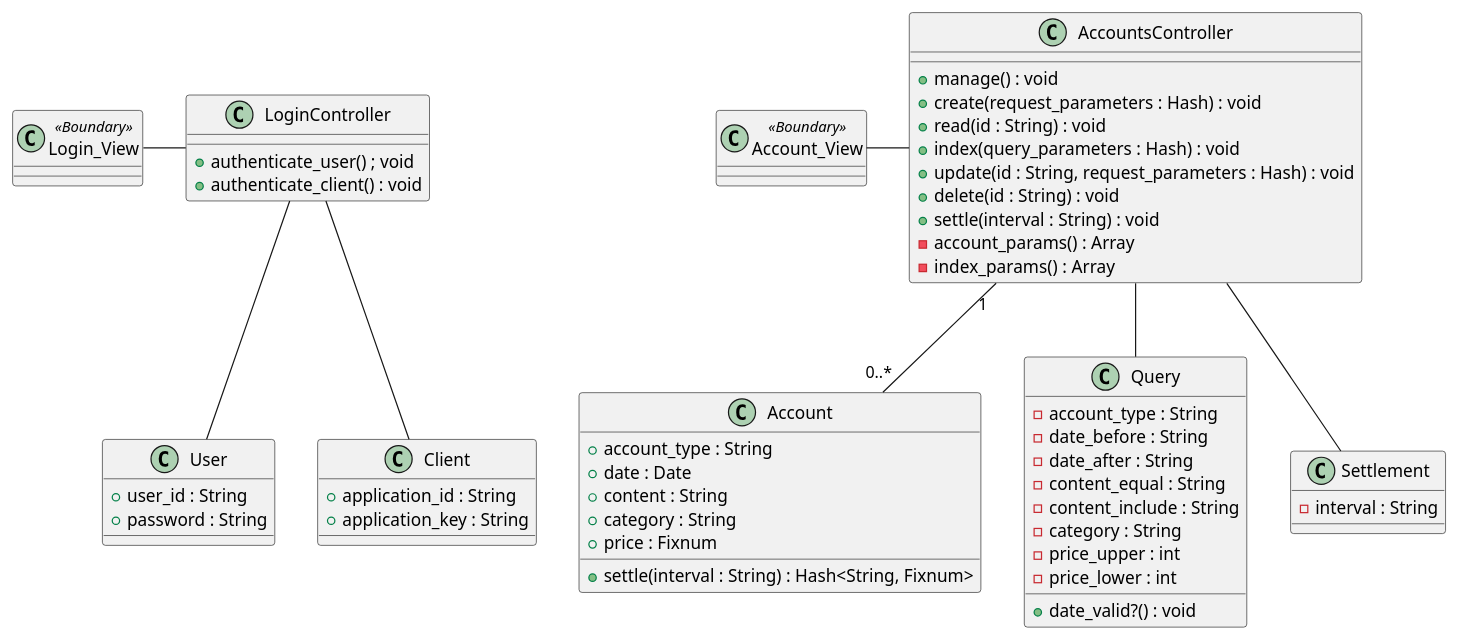
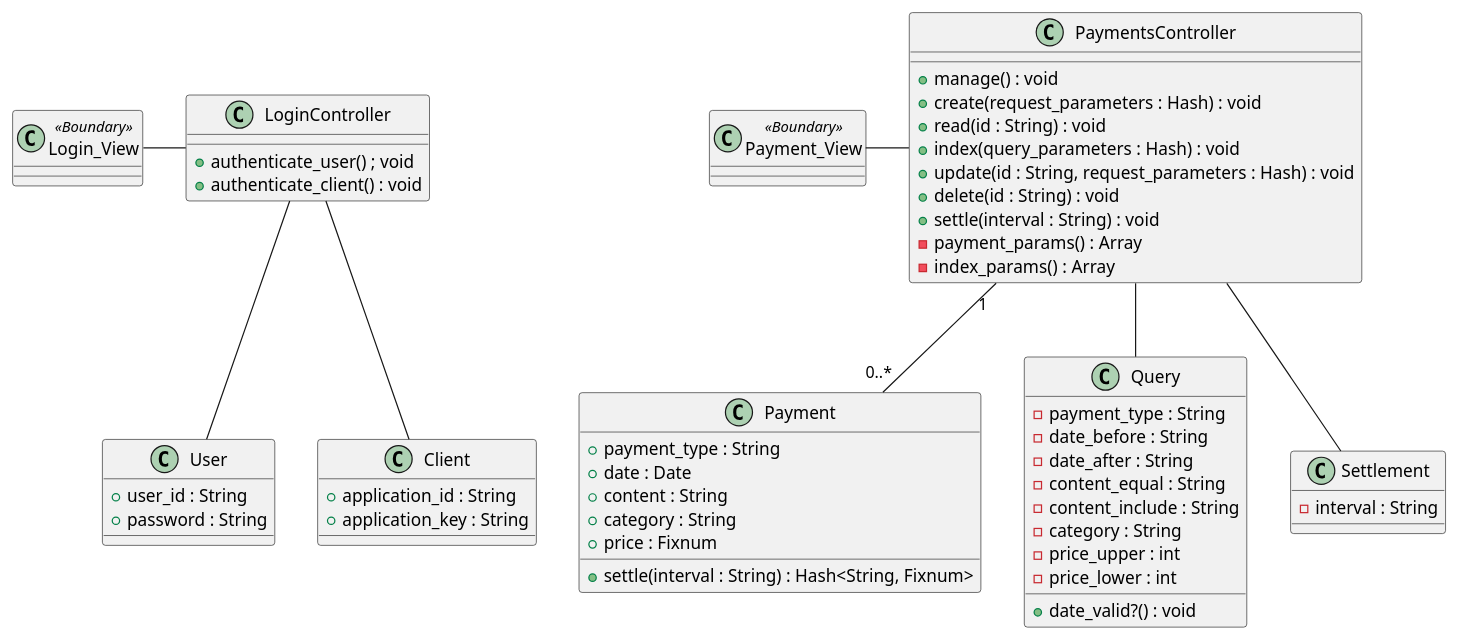
One commit to Leonis0813/chort changed the first of 8 diagrams in algieba/sphinx/internal.rst. Above: the diagram before and after it, drawn with PlantUML. The commit also changed other lines of this file and 2 other files, not shown here.

```diff
--- a/algieba/sphinx/internal.rst
+++ b/algieba/sphinx/internal.rst
@@ -19,64 +19,64 @@
 .. uml::
 
    class Login_View <<Boundary>>
-   class Account_View <<Boundary>>
+   class Payment_View <<Boundary>>
 
    class LoginController {
      + authenticate_user() ; void
      + authenticate_client() : void
    }
 
-   class AccountsController {
+   class PaymentsController {
      + manage() : void
      + create(request_parameters : Hash) : void
      + read(id : String) : void
      + index(query_parameters : Hash) : void
      + update(id : String, request_parameters : Hash) : void
      + delete(id : String) : void
      + settle(interval : String) : void
-     - account_params() : Array
+     - payment_params() : Array
      - index_params() : Array
    }
 
    class User {
      + user_id : String
      + password : String
    }
 
    class Client {
      + application_id : String
      + application_key : String
    }
 
-   class Account {
-     + account_type : String
+   class Payment {
+     + payment_type : String
      + date : Date
      + content : String
      + category : String
      + price : Fixnum
      + settle(interval : String) : Hash<String, Fixnum>
    }
 
    class Query {
-     - account_type : String
+     - payment_type : String
      - date_before : String
      - date_after : String
      - content_equal : String
      - content_include : String
      - category : String
      - price_upper : int
      - price_lower : int
      + date_valid?() : void
    }
 
    class Settlement {
      - interval : String
    }
 
    Login_View -right- LoginController
    LoginController -- User
    LoginController -- Client
-   Account_View -right- AccountsController
-   AccountsController "1" -- "0..*" Account
-   AccountsController -- Query
-   AccountsController -- Settlement
+   Payment_View -right- PaymentsController
+   PaymentsController "1" -- "0..*" Payment
+   PaymentsController -- Query
+   PaymentsController -- Settlement
```
